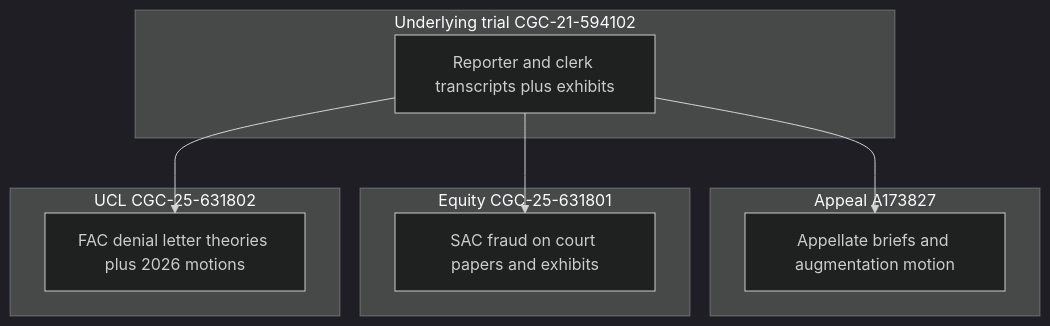
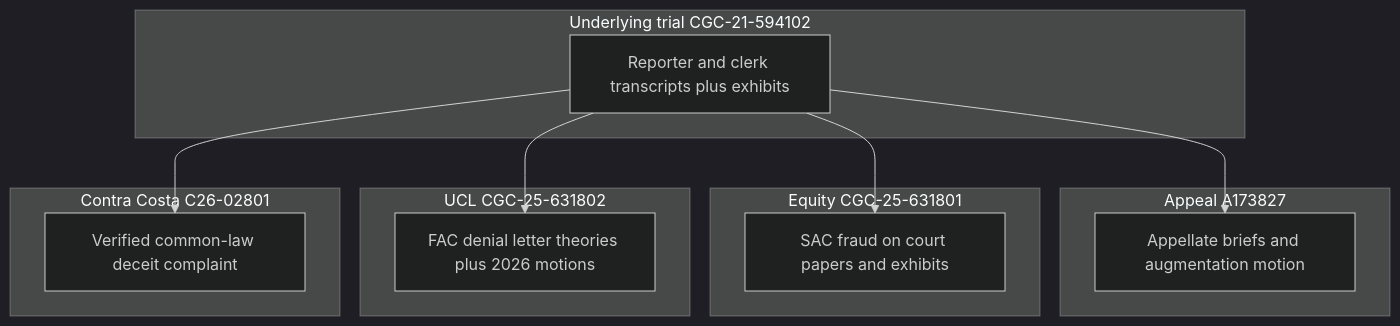
The diagram in SPINE.md (soltrinox/CSAA-ABDELHALIM-WONG-PSA-CSK), drawn with Mermaid (dark theme) before and after one commit. The commit also changed other lines of this file and 10 other files, not shown here.

````diff
--- a/SPINE.md
+++ b/SPINE.md
@@ -114,18 +117,22 @@
 ```mermaid
 flowchart TB
   subgraph trialLayer ["Underlying trial CGC-21-594102"]
     T["Reporter and clerk transcripts plus exhibits"]
   end
   subgraph appealLayer ["Appeal A173827"]
     A["Appellate briefs and augmentation motion"]
   end
   subgraph equityLayer ["Equity CGC-25-631801"]
     E["SAC fraud on court papers and exhibits"]
   end
   subgraph uclLayer ["UCL CGC-25-631802"]
     U["FAC denial letter theories plus 2026 motions"]
   end
+  subgraph c26Layer ["Contra Costa C26-02801"]
+    C["Verified common-law deceit complaint"]
+  end
   T --> A
   T --> E
   T --> U
+  T --> C
 ```
````
